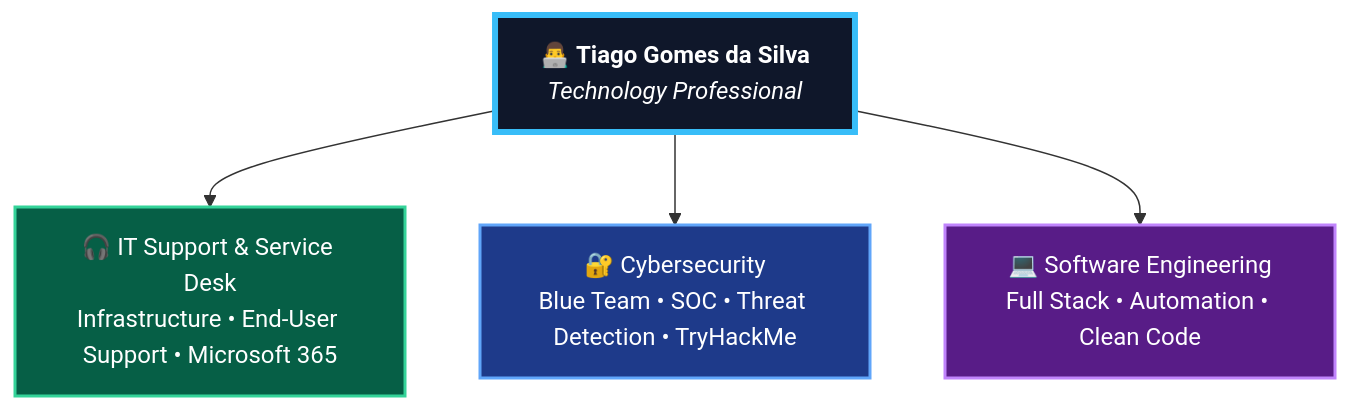
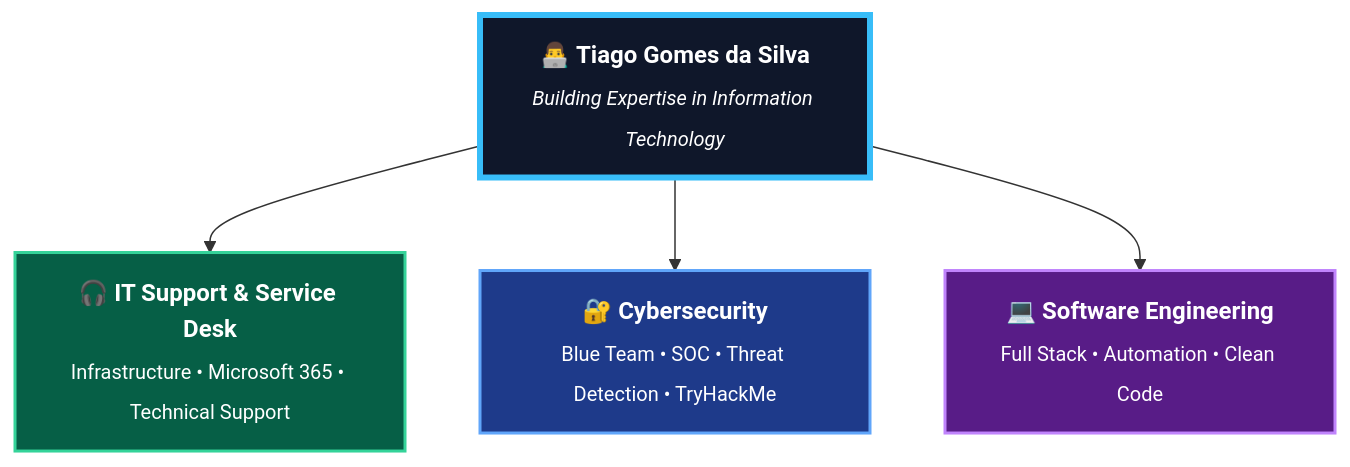
The diagram in README.md (TiagoSilva00/TiagoSilva00), drawn with Mermaid before and after one commit.

````diff
--- a/README.md
+++ b/README.md
@@ -44,17 +44,17 @@
 ```mermaid
 graph TD
 
-    A["👨‍💻 <b>Tiago Gomes da Silva</b><br/><i>Technology Professional</i>"]
+    A["👨‍💻 <b>Tiago Gomes da Silva</b><br/><sub><i>Building Expertise in Information Technology</i></sub>"]
 
-    A --> B["🎧 IT Support & Service Desk<br/>Infrastructure • End-User Support • Microsoft 365"]
+    A --> B["🎧 <b>IT Support & Service Desk</b><br/><sub>Infrastructure • Microsoft 365 • Technical Support</sub>"]
 
-    A --> C["🔐 Cybersecurity<br/>Blue Team • SOC • Threat Detection • TryHackMe"]
+    A --> C["🔐 <b>Cybersecurity</b><br/><sub>Blue Team • SOC • Threat Detection • TryHackMe</sub>"]
 
-    A --> D["💻 Software Engineering<br/>Full Stack • Automation • Clean Code"]
+    A --> D["💻 <b>Software Engineering</b><br/><sub>Full Stack • Automation • Clean Code</sub>"]
 
-    style A fill:#0F172A,color:#ffffff,stroke:#38BDF8,stroke-width:4px
+    style A fill:#0F172A,color:#FFFFFF,stroke:#38BDF8,stroke-width:4px
 
-    style B fill:#065F46,color:#ffffff,stroke:#34D399,stroke-width:2px
-    style C fill:#1E3A8A,color:#ffffff,stroke:#60A5FA,stroke-width:2px
-    style D fill:#581C87,color:#ffffff,stroke:#C084FC,stroke-width:2px
+    style B fill:#065F46,color:#FFFFFF,stroke:#34D399,stroke-width:2px
+    style C fill:#1E3A8A,color:#FFFFFF,stroke:#60A5FA,stroke-width:2px
+    style D fill:#581C87,color:#FFFFFF,stroke:#C084FC,stroke-width:2px
 ```
````
